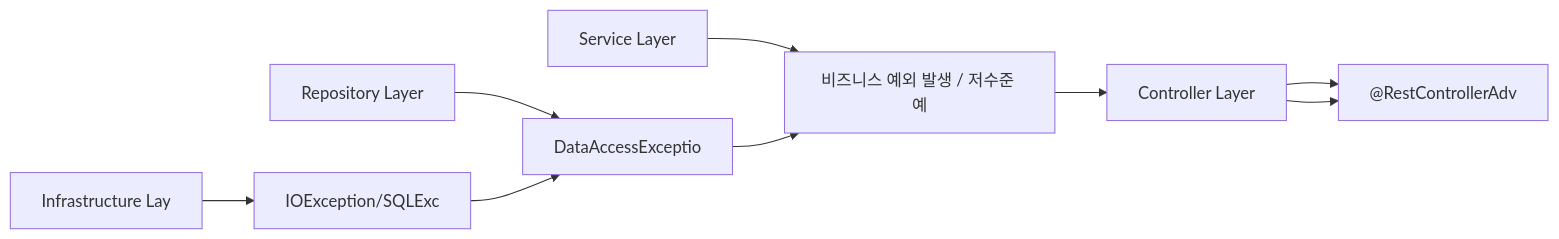
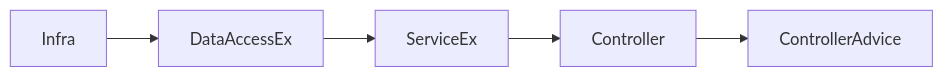
One commit to yjkim2015/yjkim2015.github.io changed the third of 4 diagrams in _posts/java/2026-05-01-java-exception.md. Above: the diagram before and after it, drawn with Mermaid. The commit also changed other lines of this file and 163 other files, not shown here.

First line of the commit message:
Mermaid 300개 블록 내용 축소: 5노드 5엣지 이하, 의미 있는 약어

````diff
--- a/_posts/java/2026-05-01-java-exception.md
+++ b/_posts/java/2026-05-01-java-exception.md
@@ -651,11 +644,7 @@
 ```mermaid
 graph LR
-    A["Controller Layer"] --> B["@RestControllerAdv"]
-    C["Service Layer"] --> D["비즈니스 예외 발생 / 저수준 예"]
-    E["Repository Layer"] --> F["DataAccessExceptio"]
-    G["Infrastructure Lay"] --> H["IOException/SQLExc"]
-    H --> F
-    F --> D
-    D --> A
-    A --> B
+    G["Infra"] --> F["DataAccessEx"]
+    F --> D["ServiceEx"]
+    D --> A["Controller"]
+    A --> B["ControllerAdvice"]
 ```
````
